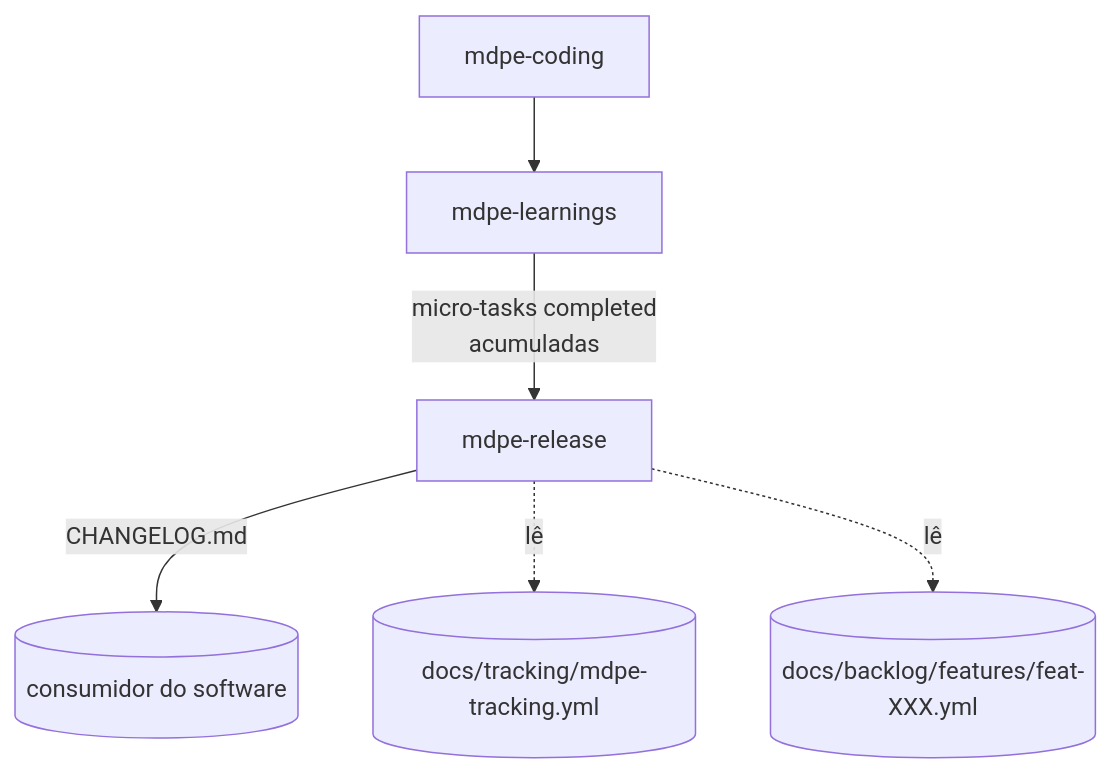
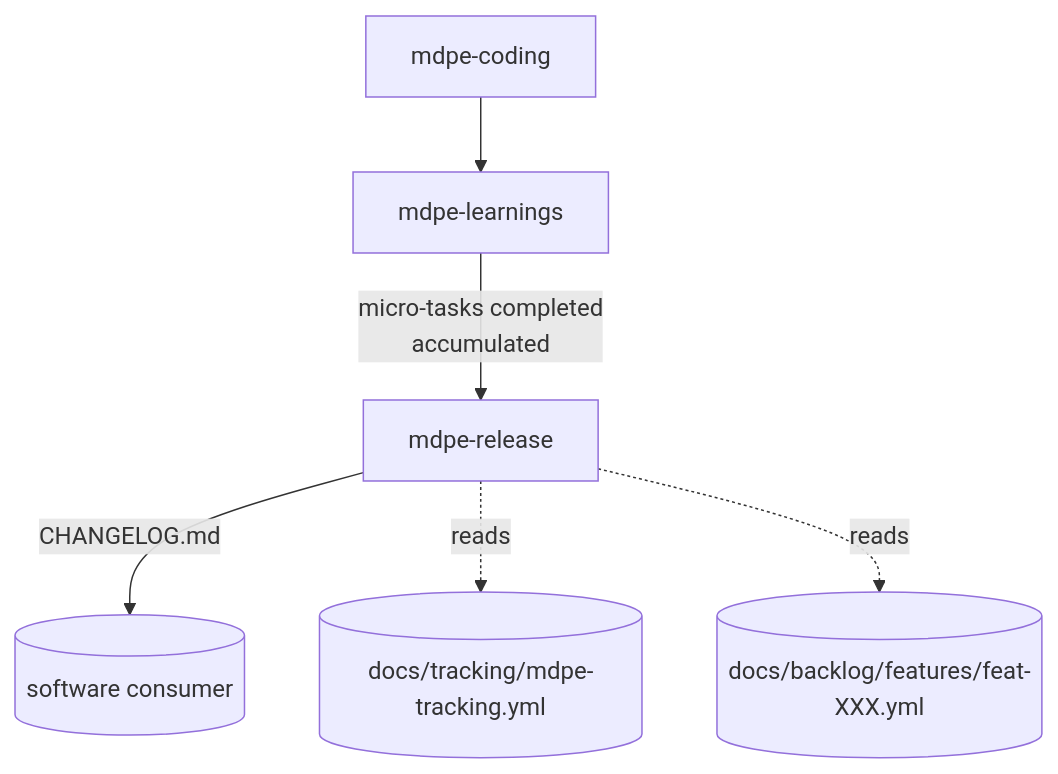
One commit to kallebelins/mdpe-skills changed the diagram in docs/adr/adr-007-release-notes.md. Above: the diagram before and after it, drawn with Mermaid. The commit also changed other lines of this file and 15 other files, not shown here.

````diff
--- a/docs/adr/adr-007-release-notes.md
+++ b/docs/adr/adr-007-release-notes.md
@@ -69,8 +69,8 @@
 ```mermaid
 graph TD
     C[mdpe-coding] --> L[mdpe-learnings]
-    L -->|micro-tasks completed<br/>acumuladas| R[mdpe-release]
-    R -->|"CHANGELOG.md"| OUT[(consumidor do software)]
-    R -.lê.-> TR[(docs/tracking/mdpe-tracking.yml)]
-    R -.lê.-> B[(docs/backlog/features/feat-XXX.yml)]
+    L -->|micro-tasks completed<br/>accumulated| R[mdpe-release]
+    R -->|"CHANGELOG.md"| OUT[(software consumer)]
+    R -.reads.-> TR[(docs/tracking/mdpe-tracking.yml)]
+    R -.reads.-> B[(docs/backlog/features/feat-XXX.yml)]
 ```
````
